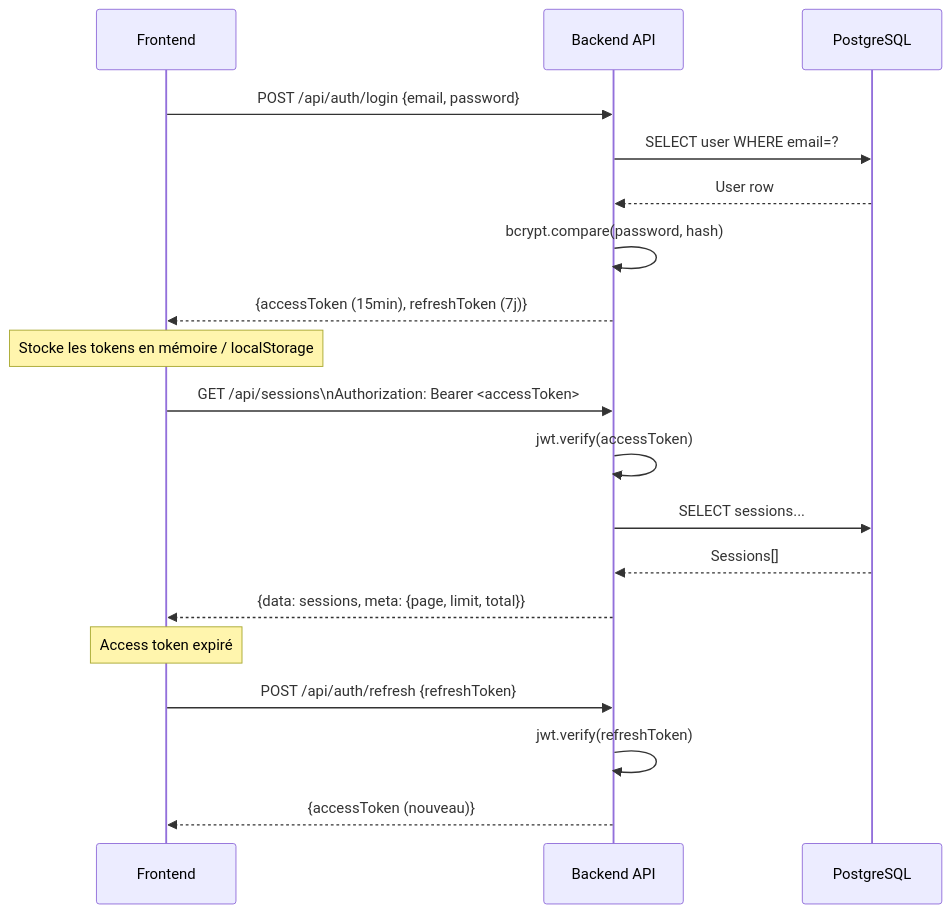
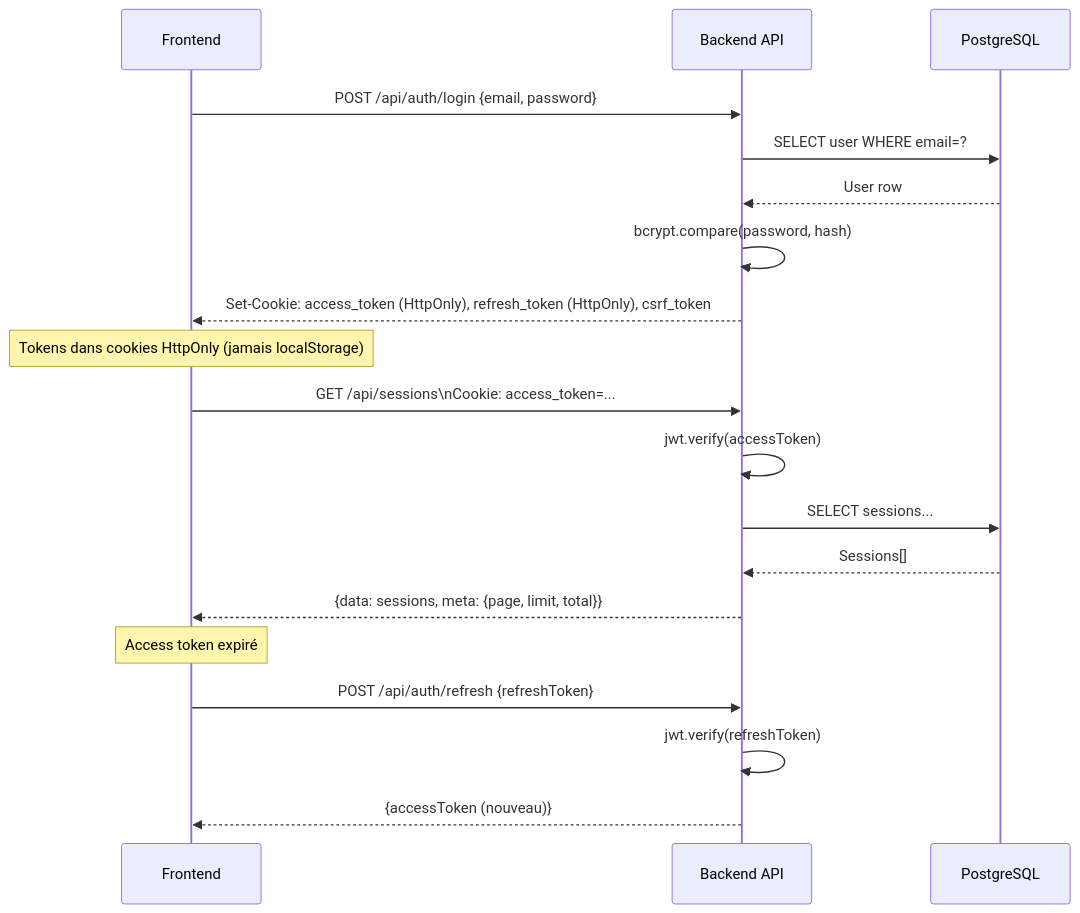
One commit to BenCDA/SportifyForEach changed the second of 4 diagrams in docs/06-architecture.md. Above: the diagram before and after it, drawn with Mermaid. The commit also changed 30 other files, not shown here.

````diff
--- a/docs/06-architecture.md
+++ b/docs/06-architecture.md
@@ -43,26 +43,26 @@
 ```mermaid
 sequenceDiagram
     participant Client as Frontend
     participant API as Backend API
     participant DB as PostgreSQL
 
     Client->>API: POST /api/auth/login {email, password}
     API->>DB: SELECT user WHERE email=?
     DB-->>API: User row
     API->>API: bcrypt.compare(password, hash)
-    API-->>Client: {accessToken (15min), refreshToken (7j)}
+    API-->>Client: Set-Cookie: access_token (HttpOnly), refresh_token (HttpOnly), csrf_token
 
-    Note over Client: Stocke les tokens en mémoire / localStorage
+    Note over Client: Tokens dans cookies HttpOnly (jamais localStorage)
 
-    Client->>API: GET /api/sessions\nAuthorization: Bearer <accessToken>
+    Client->>API: GET /api/sessions\nCookie: access_token=...
     API->>API: jwt.verify(accessToken)
     API->>DB: SELECT sessions...
     DB-->>API: Sessions[]
     API-->>Client: {data: sessions, meta: {page, limit, total}}
 
     Note over Client: Access token expiré
 
     Client->>API: POST /api/auth/refresh {refreshToken}
     API->>API: jwt.verify(refreshToken)
     API-->>Client: {accessToken (nouveau)}
 ```
````
